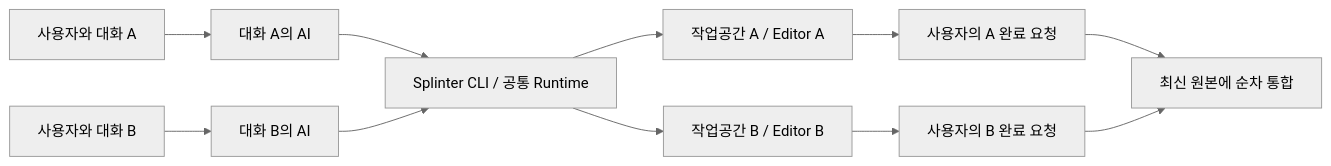
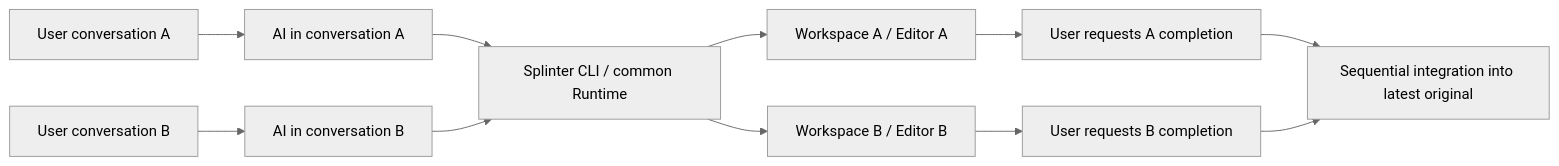
One commit to olivecrow/splinter changed the diagram in docs/plans/session-workflow-and-installation.md. Above: the diagram before and after it, drawn with Mermaid (neutral theme). The commit also changed other lines of this file and 272 other files, not shown here.

````diff
--- a/docs/plans/session-workflow-and-installation.md
+++ b/docs/plans/session-workflow-and-installation.md
@@ -13,13 +17,13 @@
 ```mermaid
 flowchart LR
-    A[사용자와 대화 A] --> SA[대화 A의 AI]
-    B[사용자와 대화 B] --> SB[대화 B의 AI]
-    SA --> CLI[Splinter CLI / 공통 Runtime]
+    A[User conversation A] --> SA[AI in conversation A]
+    B[User conversation B] --> SB[AI in conversation B]
+    SA --> CLI[Splinter CLI / common Runtime]
     SB --> CLI
-    CLI --> WA[작업공간 A / Editor A]
-    CLI --> WB[작업공간 B / Editor B]
-    WA --> IA[사용자의 A 완료 요청]
-    WB --> IB[사용자의 B 완료 요청]
-    IA --> O[최신 원본에 순차 통합]
+    CLI --> WA[Workspace A / Editor A]
+    CLI --> WB[Workspace B / Editor B]
+    WA --> IA[User requests A completion]
+    WB --> IB[User requests B completion]
+    IA --> O[Sequential integration into latest original]
     IB --> O
 ```
````
